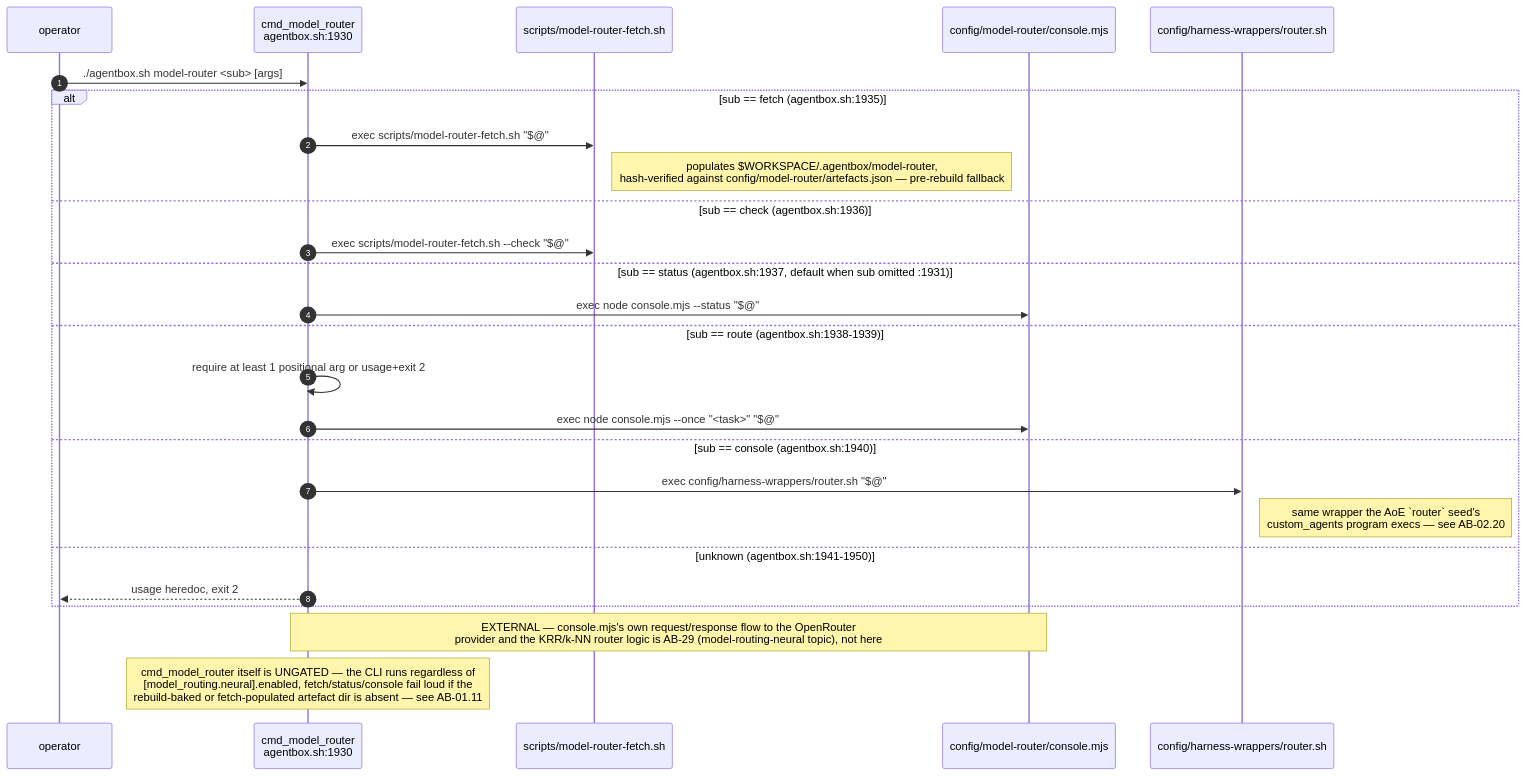
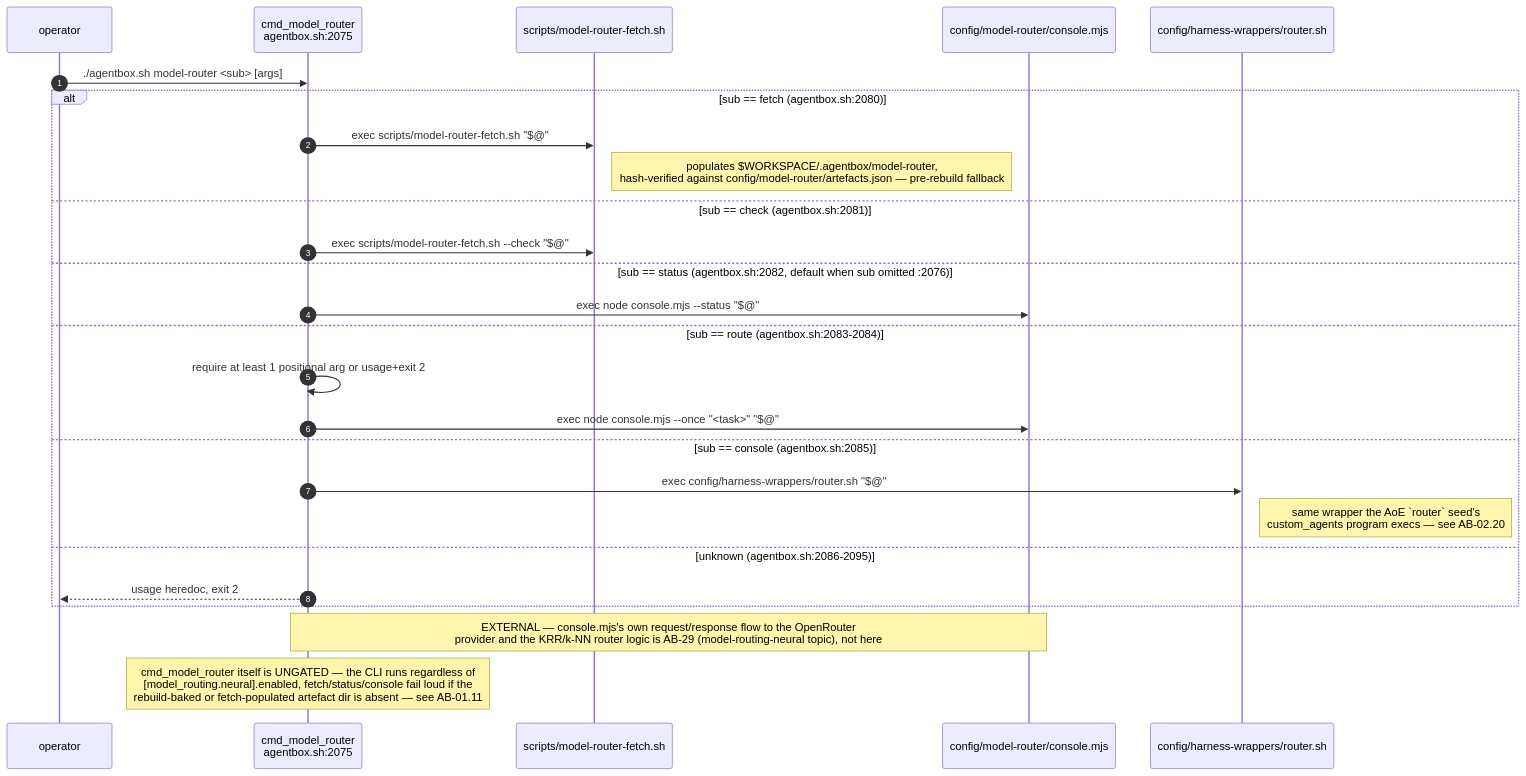
One commit to DreamLab-AI/VisionFlow changed diagram 11 of 13 in docs/diagrams/agentbox/05-manifest-gates-and-cli.md. Above: the diagram before and after it, drawn with Mermaid. The commit also changed other lines of this file and 28 other files, not shown here.

````diff
--- a/docs/diagrams/agentbox/05-manifest-gates-and-cli.md
+++ b/docs/diagrams/agentbox/05-manifest-gates-and-cli.md
@@ -315,30 +316,30 @@
 ```mermaid
 sequenceDiagram
     autonumber
     participant OP as operator
-    participant AB as cmd_model_router<br/>agentbox.sh:1930
+    participant AB as cmd_model_router<br/>agentbox.sh:2075
     participant FETCH as scripts/model-router-fetch.sh
     participant CONSOLE as config/model-router/console.mjs
     participant WRAP as config/harness-wrappers/router.sh
 
     OP->>AB: ./agentbox.sh model-router <sub> [args]
-    alt sub == fetch (agentbox.sh:1935)
+    alt sub == fetch (agentbox.sh:2080)
         AB->>FETCH: exec scripts/model-router-fetch.sh "$@"
         Note right of FETCH: populates $WORKSPACE/.agentbox/model-router,<br/>hash-verified against config/model-router/artefacts.json — pre-rebuild fallback
-    else sub == check (agentbox.sh:1936)
+    else sub == check (agentbox.sh:2081)
         AB->>FETCH: exec scripts/model-router-fetch.sh --check "$@"
-    else sub == status (agentbox.sh:1937, default when sub omitted :1931)
+    else sub == status (agentbox.sh:2082, default when sub omitted :2076)
         AB->>CONSOLE: exec node console.mjs --status "$@"
-    else sub == route (agentbox.sh:1938-1939)
+    else sub == route (agentbox.sh:2083-2084)
         AB->>AB: require at least 1 positional arg or usage+exit 2
         AB->>CONSOLE: exec node console.mjs --once "<task>" "$@"
-    else sub == console (agentbox.sh:1940)
+    else sub == console (agentbox.sh:2085)
         AB->>WRAP: exec config/harness-wrappers/router.sh "$@"
         Note right of WRAP: same wrapper the AoE `router` seed's<br/>custom_agents program execs — see AB-02.20
-    else unknown (agentbox.sh:1941-1950)
+    else unknown (agentbox.sh:2086-2095)
         AB-->>OP: usage heredoc, exit 2
     end
 
     Note over AB,CONSOLE: EXTERNAL — console.mjs's own request/response flow to the OpenRouter<br/>provider and the KRR/k-NN router logic is AB-29 (model-routing-neural topic), not here
     Note over AB: cmd_model_router itself is UNGATED — the CLI runs regardless of<br/>[model_routing.neural].enabled, fetch/status/console fail loud if the<br/>rebuild-baked or fetch-populated artefact dir is absent — see AB-01.11
 ```
````
